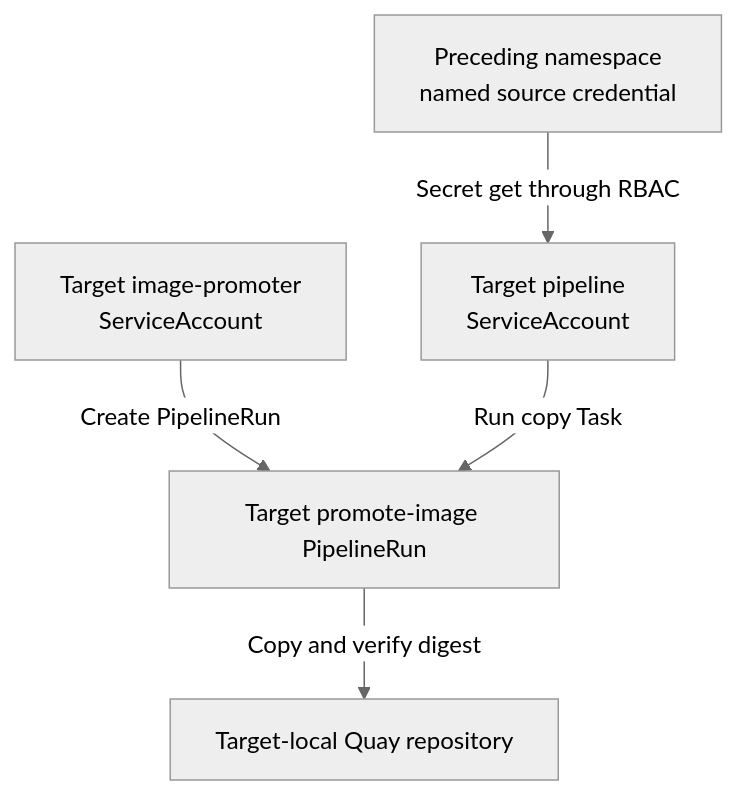
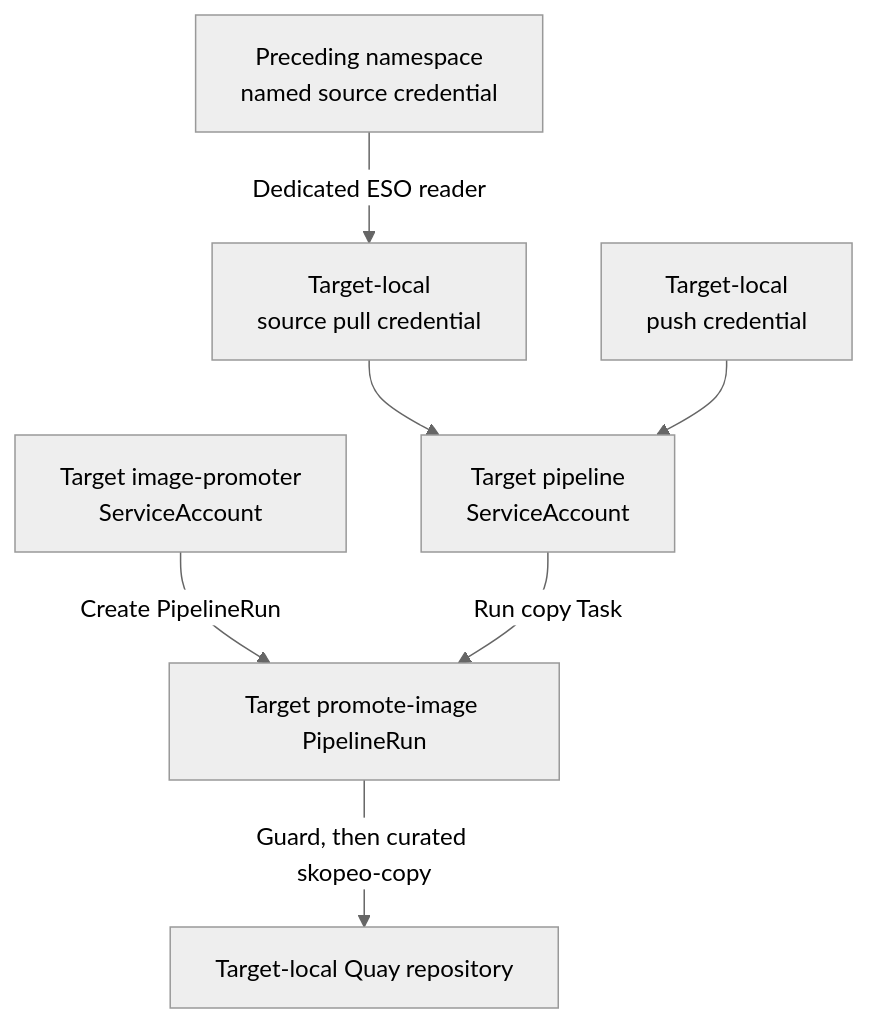
The diagram in charts/system/environment/README.md (contract-first-idp-test/developer-charts), drawn with Mermaid (neutral theme) before and after one commit. The commit also changed other lines of this file and 11 other files, not shown here.

````diff
--- a/charts/system/environment/README.md
+++ b/charts/system/environment/README.md
@@ -52,11 +52,12 @@
 ```mermaid
 flowchart TD
     accTitle: Promotion credential flow
-    accDescr: The target image-promoter service account creates a PipelineRun. The target pipeline service account receives narrowly scoped access to the preceding namespace credential and runs the copy into the target repository.
+    accDescr: The target image-promoter service account creates a PipelineRun. External Secrets distributes a narrow source pull credential into the target namespace, where the pipeline service account uses it with the target push credential.
     promoter["Target image-promoter<br/>ServiceAccount"] -->|Create PipelineRun| run[Target promote-image PipelineRun]
-    source["Preceding namespace<br/>named source credential"]
+    source["Preceding namespace<br/>named source credential"] -->|Dedicated ESO reader| local["Target-local<br/>source pull credential"]
     pipelineSa["Target pipeline<br/>ServiceAccount"]
-    source -->|Secret get through RBAC| pipelineSa
+    local --> pipelineSa
+    push["Target-local<br/>push credential"] --> pipelineSa
     pipelineSa -->|Run copy Task| run
-    run -->|Copy and verify digest| target[Target-local Quay repository]
+    run -->|Guard, then curated skopeo-copy| target[Target-local Quay repository]
 ```
````
